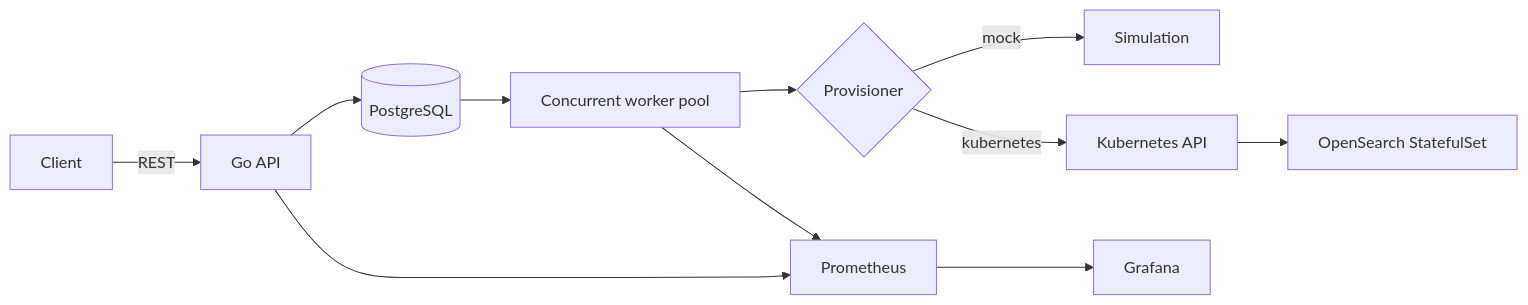
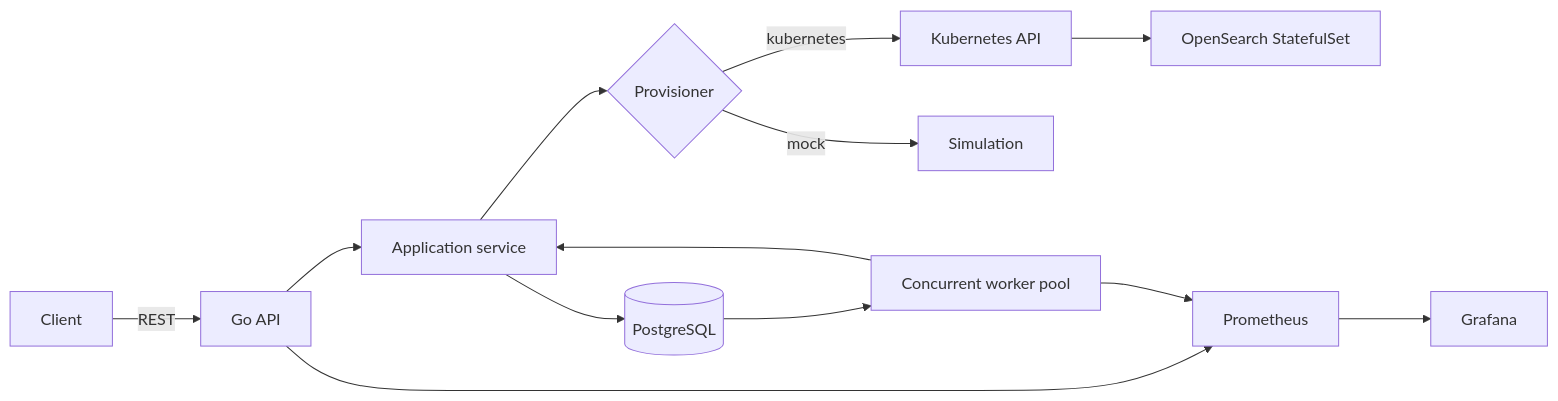
The diagram in README.md (SaiVyshnavi1522/dataplane-control-plane), drawn with Mermaid before and after one commit. The commit also changed other lines of this file and 8 other files, not shown here.

Commit message:
refactor: add shared application service

````diff
--- a/README.md
+++ b/README.md
@@ -24,13 +24,15 @@
 ```mermaid
 flowchart LR
     Client -->|REST| API[Go API]
-    API --> DB[(PostgreSQL)]
+    API --> APP[Application service]
+    APP --> DB[(PostgreSQL)]
     DB --> W[Concurrent worker pool]
-    W --> P{Provisioner}
+    W --> APP
+    APP --> P{Provisioner}
     P -->|mock| Mock[Simulation]
     P -->|kubernetes| K8s[Kubernetes API]
     K8s --> OS[OpenSearch StatefulSet]
     API --> Prom[Prometheus]
     W --> Prom
     Prom --> Grafana
 ```
````
